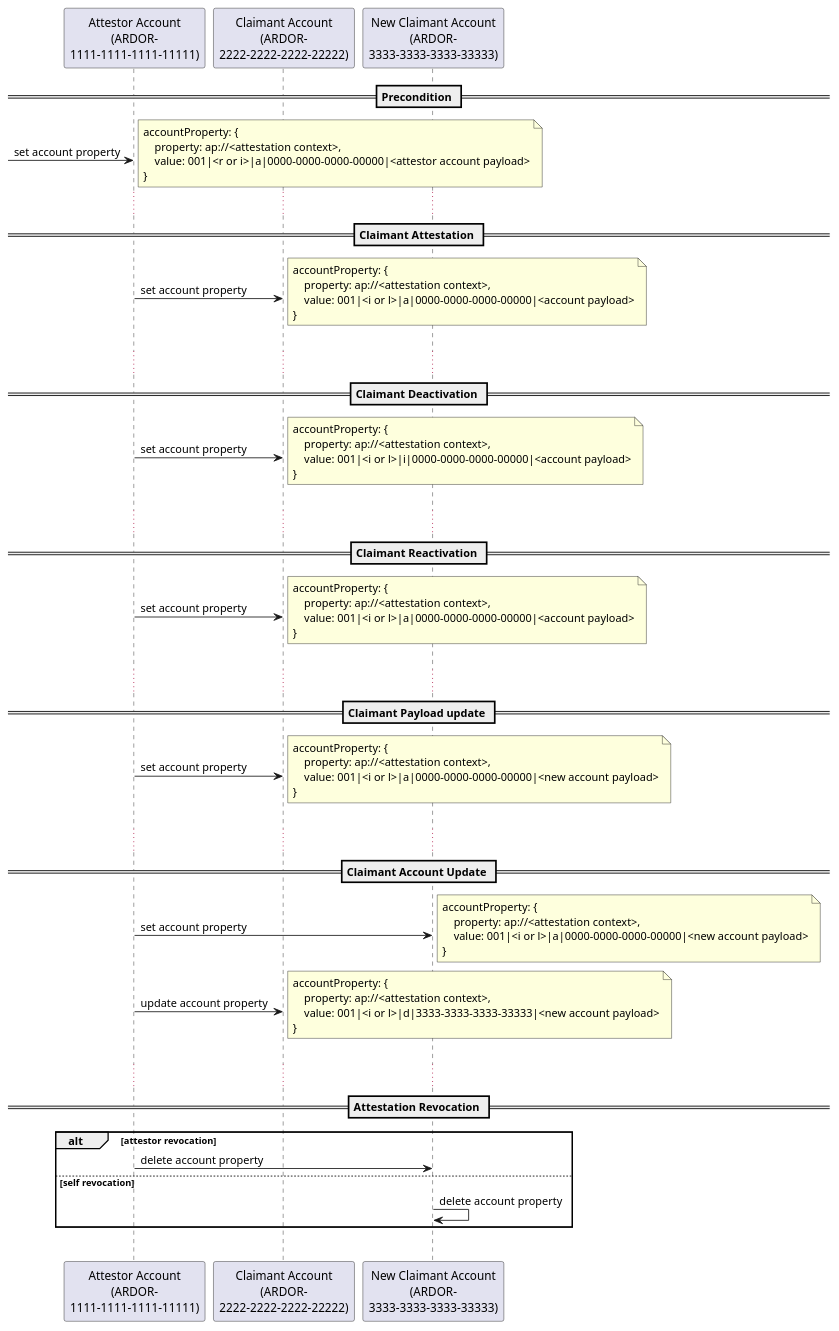
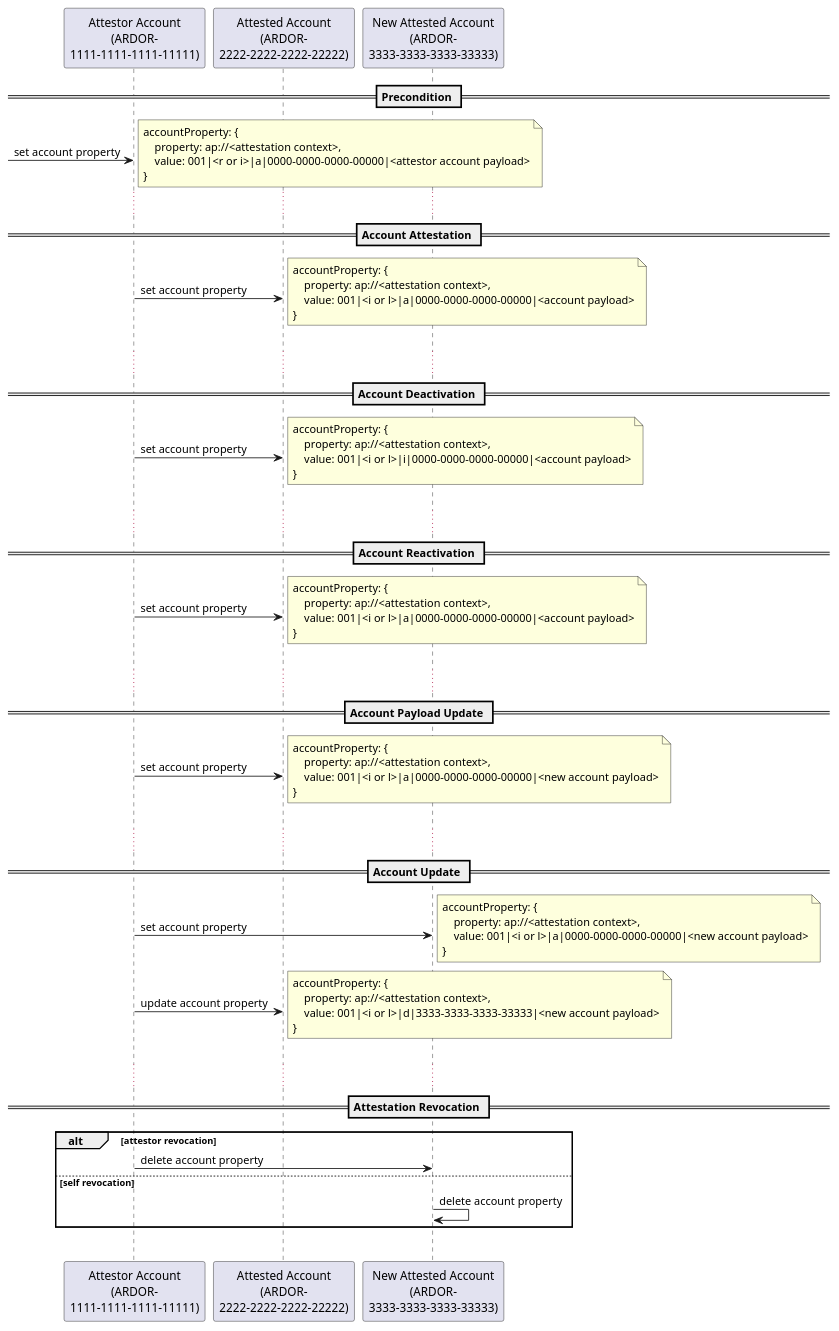
One commit to masterbtc/documentation-1 changed the diagram in docs/plantUml/src/attestation-protocol/protocol-attestation-workflow.puml. Above: the diagram before and after it, drawn with PlantUML. The commit also changed 8 other files, not shown here.

Commit message:
changed wording to attested account and data object

```diff
--- a/docs/plantUml/src/attestation-protocol/protocol-attestation-workflow.puml
+++ b/docs/plantUml/src/attestation-protocol/protocol-attestation-workflow.puml
@@ -1,105 +1,105 @@
 @startuml
 
 ' skinparam shadowing false
 
 participant "Attestor Account\n(ARDOR-\n1111-1111-1111-11111)" as ATTE
-participant "Claimant Account\n(ARDOR-\n2222-2222-2222-22222)" as CLAI
-participant "New Claimant Account\n(ARDOR-\n3333-3333-3333-33333)" as NCLAI
+participant "Attested Account\n(ARDOR-\n2222-2222-2222-22222)" as CLAI
+participant "New Attested Account\n(ARDOR-\n3333-3333-3333-33333)" as NCLAI
 
 
 == Precondition ==
 [-> ATTE: set account property
 note right
     accountProperty: {
         property: ap://<attestation context>,
         value: 001|<r or i>|a|0000-0000-0000-00000|<attestor account payload>
     }
 end note
 
 
 ...
-== Claimant Attestation ==
+== Account Attestation ==
 
 ATTE -> CLAI: set account property
 note right
     accountProperty: {
         property: ap://<attestation context>,
         value: 001|<i or l>|a|0000-0000-0000-00000|<account payload>
     }
 end note
 |||
 
 
 ...
-== Claimant Deactivation ==
+== Account Deactivation ==
 
 ATTE -> CLAI: set account property
 note right
     accountProperty: {
         property: ap://<attestation context>,
         value: 001|<i or l>|i|0000-0000-0000-00000|<account payload>
     }
 end note
 |||
 
 
 ...
-== Claimant Reactivation ==
+== Account Reactivation ==
 
 ATTE -> CLAI: set account property
 note right
     accountProperty: {
         property: ap://<attestation context>,
         value: 001|<i or l>|a|0000-0000-0000-00000|<account payload>
     }
 end note
 |||
 
 
 ...
-== Claimant Payload update ==
+== Account Payload Update ==
 
 ATTE -> CLAI: set account property
 note right
     accountProperty: {
         property: ap://<attestation context>,
         value: 001|<i or l>|a|0000-0000-0000-00000|<new account payload>
     }
 end note
 |||
 
 
 ...
-== Claimant Account Update ==
+== Account Update ==
 
 ATTE -> NCLAI: set account property
 note right
     accountProperty: {
         property: ap://<attestation context>,
         value: 001|<i or l>|a|0000-0000-0000-00000|<new account payload>
     }
 end note
 
 
 ATTE -> CLAI: update account property
 note right
     accountProperty: {
         property: ap://<attestation context>,
         value: 001|<i or l>|d|3333-3333-3333-33333|<new account payload>
     }
 end note
 |||
 
 
 ...
 == Attestation Revocation ==
 
 alt attestor revocation
     ATTE -> NCLAI: delete account property
 else self revocation
     NCLAI -> NCLAI: delete account property
 end
 |||
 
 
 @enduml
```
